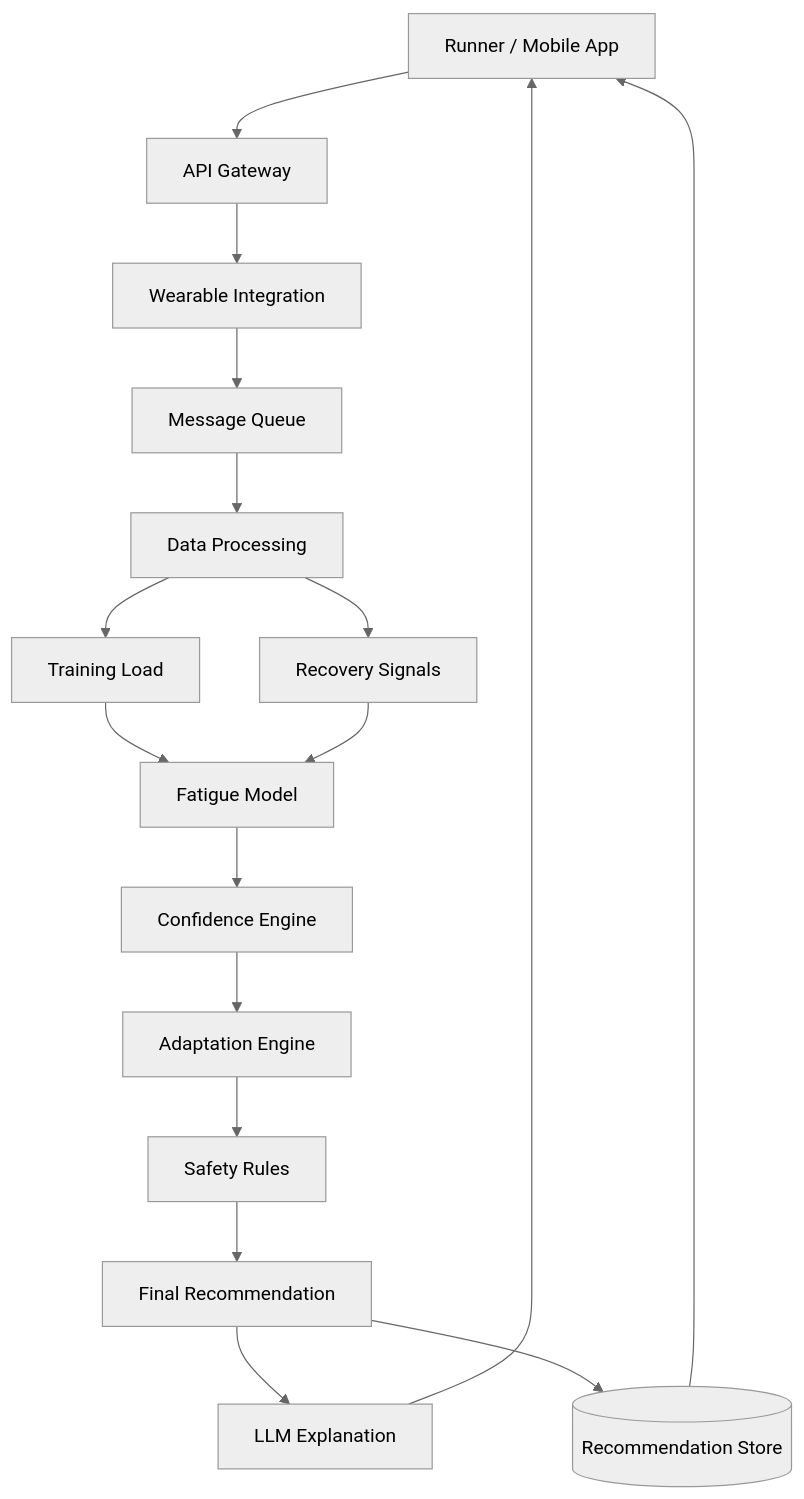
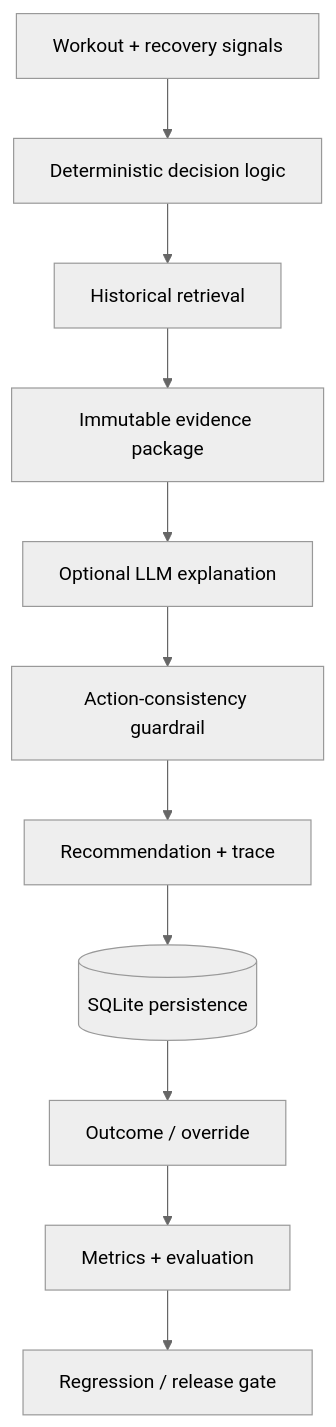
One commit to liamvietle/strideai-tpm-portfolio changed the diagram in README.md. Above: the diagram before and after it, drawn with Mermaid (neutral theme). The commit also changed other lines of this file, not shown here.

````diff
--- a/README.md
+++ b/README.md
@@ -82,19 +32,13 @@
 ```mermaid
 flowchart TD
-    A[Runner / Mobile App] --> B[API Gateway]
-    B --> C[Wearable Integration]
-    C --> D[Message Queue]
-    D --> E[Data Processing]
-    E --> F[Training Load]
-    E --> G[Recovery Signals]
-    F --> H[Fatigue Model]
-    G --> H
-    H --> I[Confidence Engine]
-    I --> J[Adaptation Engine]
-    J --> K[Safety Rules]
-    K --> L[Final Recommendation]
-    L --> M[LLM Explanation]
-    L --> N[(Recommendation Store)]
-    M --> A
-    N --> A
+    A[Workout + recovery signals] --> B[Deterministic decision logic]
+    B --> C[Historical retrieval]
+    C --> D[Immutable evidence package]
+    D --> E[Optional LLM explanation]
+    E --> F[Action-consistency guardrail]
+    F --> G[Recommendation + trace]
+    G --> H[(SQLite persistence)]
+    H --> I[Outcome / override]
+    I --> J[Metrics + evaluation]
+    J --> K[Regression / release gate]
 ```
````
